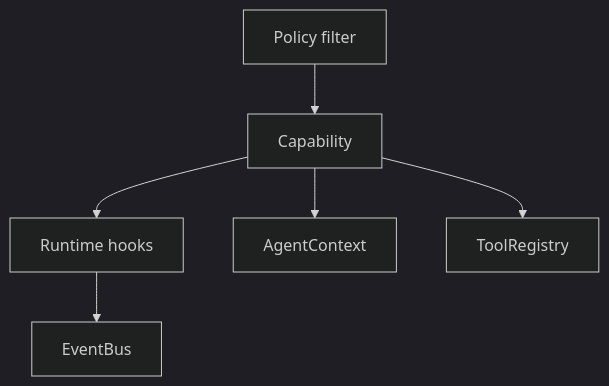
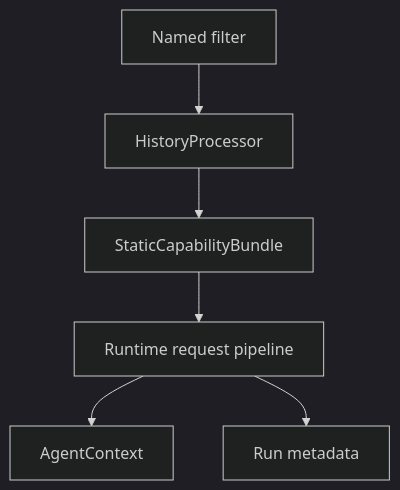
Before and after one commit to Wh1isper/starweaver: the first of 2 diagrams in spec/sdk/05-sdk-integration-map.md, drawn with Mermaid (dark theme). The commit also changed other lines of this file and 216 other files, not shown here.

````diff
--- a/spec/sdk/05-sdk-integration-map.md
+++ b/spec/sdk/05-sdk-integration-map.md
@@ -37,15 +38,15 @@
 ```mermaid
 flowchart TD
-    filter[Policy filter]
-    capability[Capability]
-    hooks[Runtime hooks]
+    filter[Named filter]
+    processor[HistoryProcessor]
+    capability[StaticCapabilityBundle]
+    runtime[Runtime request pipeline]
     context[AgentContext]
-    tools[ToolRegistry]
-    events[EventBus]
+    metadata[Run metadata]
 
-    filter --> capability
-    capability --> hooks
-    capability --> context
-    capability --> tools
-    hooks --> events
+    filter --> processor
+    processor --> capability
+    capability --> runtime
+    runtime --> context
+    runtime --> metadata
 ```
````
